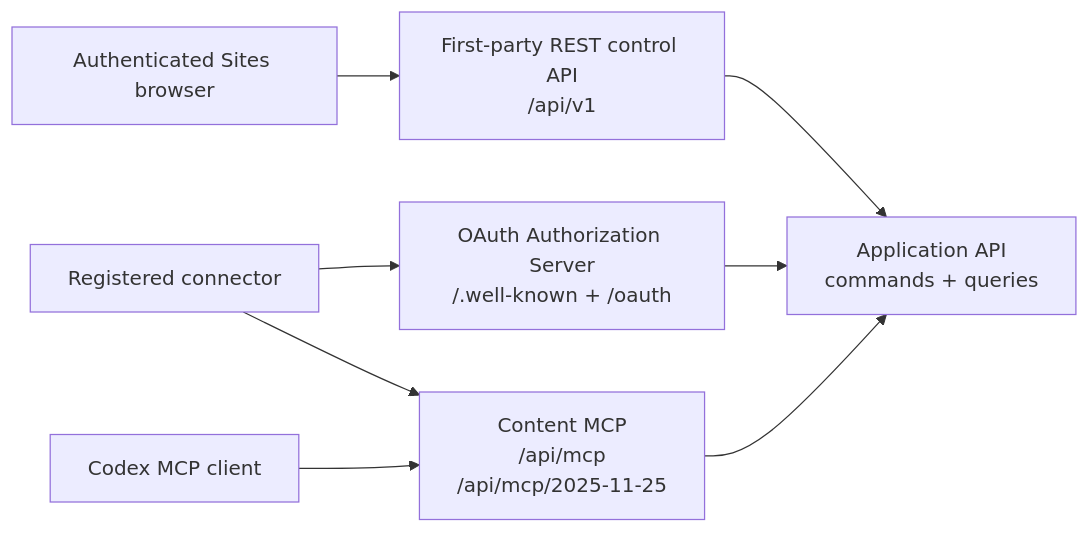
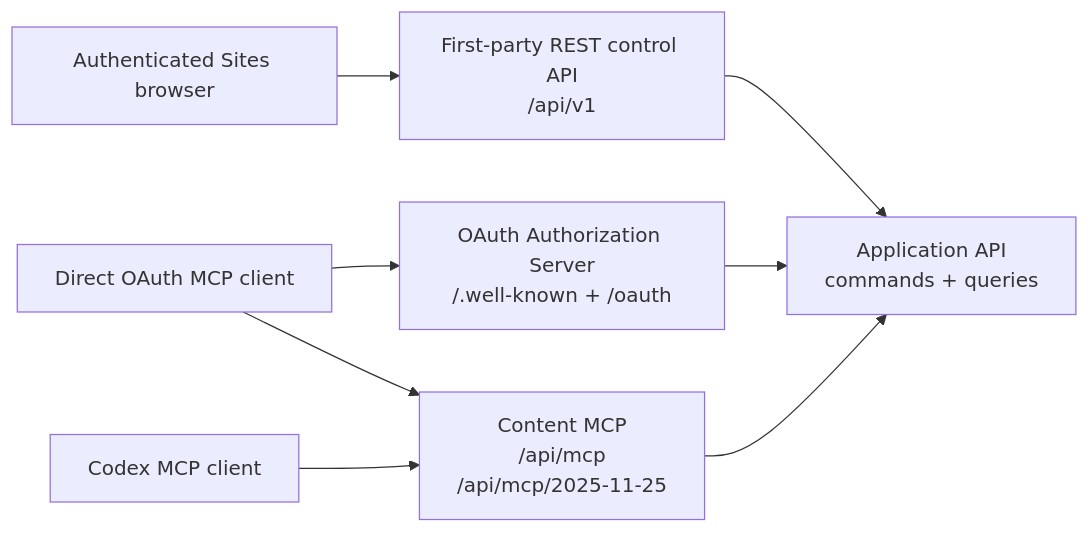
One commit to xxsrez/MindDiary changed the diagram in docs/specs/api.md. Above: the diagram before and after it, drawn with Mermaid. The commit also changed other lines of this file and 8 other files, not shown here.

Commit message:
docs: switch Codex pilot to direct MCP

````diff
--- a/docs/specs/api.md
+++ b/docs/specs/api.md
@@ -16,15 +17,15 @@
 ```mermaid
 flowchart LR
     Browser["Authenticated Sites browser"]
     Agent["Codex MCP client"]
-    OAuthClient["Registered connector"]
+    OAuthClient["Direct OAuth MCP client"]
     Rest["First-party REST control API\n/api/v1"]
     OAuth["OAuth Authorization Server\n/.well-known + /oauth"]
     Mcp["Content MCP\n/api/mcp\n/api/mcp/2025-11-25"]
     Core["Application API\ncommands + queries"]
 
     Browser --> Rest --> Core
     OAuthClient --> OAuth --> Core
     OAuthClient --> Mcp
     Agent --> Mcp --> Core
 ```
````
